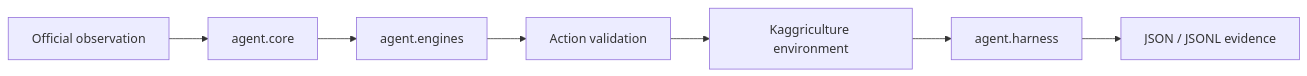
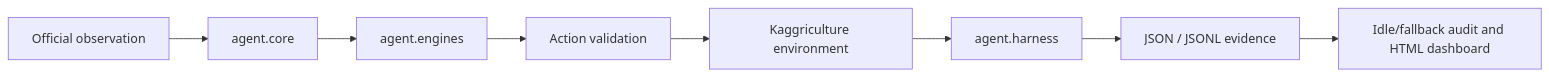
One commit to igmriegel/Kaggriculture_bot changed the diagram in README.md. Above: the diagram before and after it, drawn with Mermaid. The commit also changed other lines of this file and 4 other files, not shown here.

First line of the commit message:
docs: update architecture, engine docs, and evidence

````diff
--- a/README.md
+++ b/README.md
@@ -101,9 +103,10 @@
 ```mermaid
 flowchart LR
     O[Official observation] --> C[agent.core]
     C --> E[agent.engines]
     E --> V[Action validation]
     V --> K[Kaggriculture environment]
     K --> H[agent.harness]
     H --> R[JSON / JSONL evidence]
+    R --> A[Idle/fallback audit and HTML dashboard]
 ```
````
